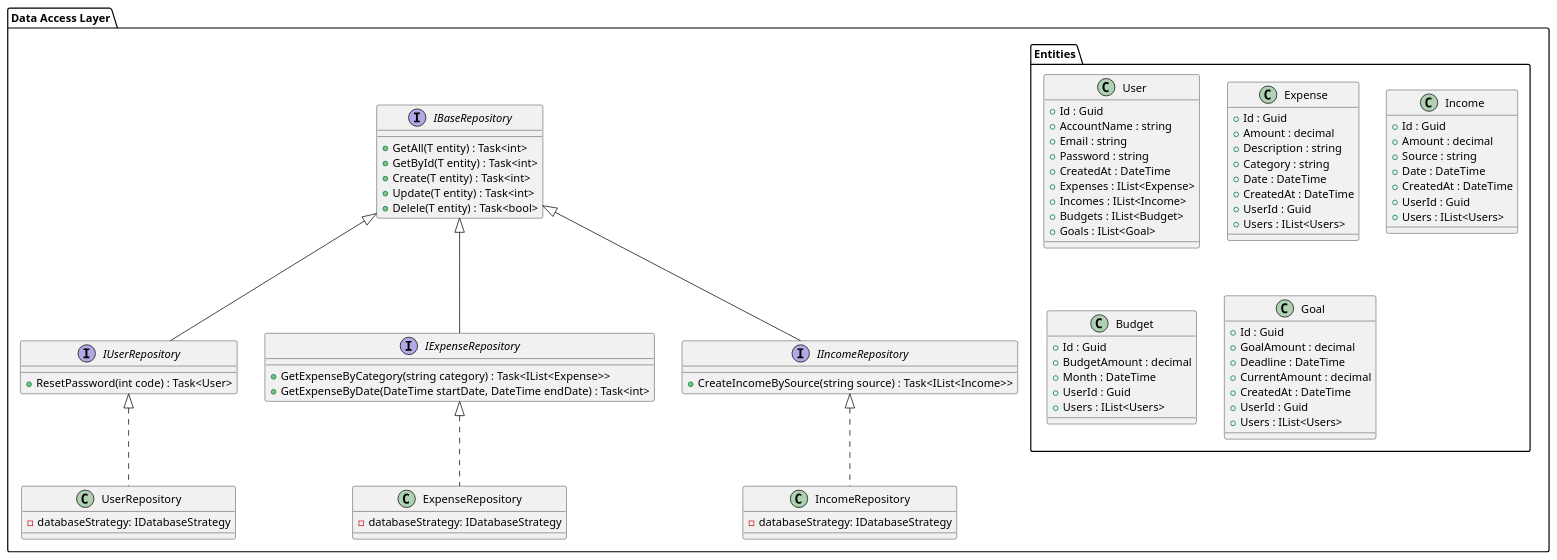
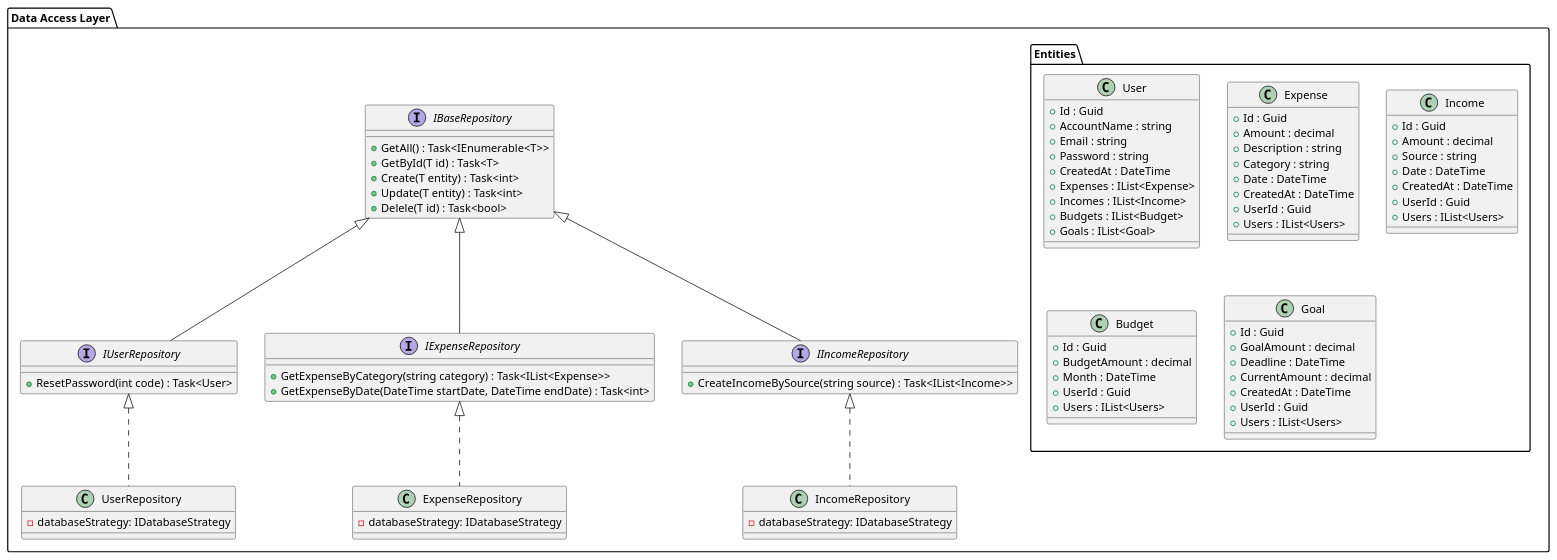
One commit to programacion-6/ExpenseTrackerGrupo2 changed the diagram in docs/uml/data-access.puml. Above: the diagram before and after it, drawn with PlantUML.

Commit message:
docs: fixing crud in database operations

```diff
--- a/docs/uml/data-access.puml
+++ b/docs/uml/data-access.puml
@@ -1,91 +1,91 @@
 @startuml Data Access
 
 package "Data Access Layer" {
     interface IBaseRepository {
-        + GetAll(T entity) : Task<int>
-        + GetById(T entity) : Task<int>
+        + GetAll() : Task<IEnumerable<T>>  
+        + GetById(T id) : Task<T>
         + Create(T entity) : Task<int>
         + Update(T entity) : Task<int>
-        + Delele(T entity) : Task<bool>
+        + Delele(T id) : Task<bool>
     }
 
     interface IUserRepository implements IBaseRepository {
         + ResetPassword(int code) : Task<User>
     }
     
     interface IExpenseRepository implements IBaseRepository {
         + GetExpenseByCategory(string category) : Task<IList<Expense>>
         + GetExpenseByDate(DateTime startDate, DateTime endDate) : Task<int>
     }
 
     interface IIncomeRepository implements IBaseRepository {
         + CreateIncomeBySource(string source) : Task<IList<Income>>
     }
 
     class UserRepository implements IUserRepository {
         - databaseStrategy: IDatabaseStrategy
     }
 
     class ExpenseRepository implements IExpenseRepository {
         - databaseStrategy: IDatabaseStrategy
     }
 
     class IncomeRepository implements IIncomeRepository {
         - databaseStrategy: IDatabaseStrategy
     }
 
     package "Entities" {
         class User {
             + Id : Guid
             + AccountName : string
             + Email : string
             + Password : string
             + CreatedAt : DateTime
             + Expenses : IList<Expense>
             + Incomes : IList<Income>
             + Budgets : IList<Budget>
             + Goals : IList<Goal>
         }
 
         class Expense {
             + Id : Guid
             + Amount : decimal
             + Description : string
             + Category : string
             + Date : DateTime
             + CreatedAt : DateTime
             + UserId : Guid
             + Users : IList<Users>
         }
 
         class Income {
             + Id : Guid
             + Amount : decimal
             + Source : string
             + Date : DateTime
             + CreatedAt : DateTime
             + UserId : Guid
             + Users : IList<Users>
         }
 
         class Budget {
             + Id : Guid
             + BudgetAmount : decimal
             + Month : DateTime
             + UserId : Guid
             + Users : IList<Users>
         }
 
         class Goal {
             + Id : Guid
             + GoalAmount : decimal
             + Deadline : DateTime
             + CurrentAmount : decimal
             + CreatedAt : DateTime
             + UserId : Guid
             + Users : IList<Users>
         }
     }
 }
 
 @enduml
```
